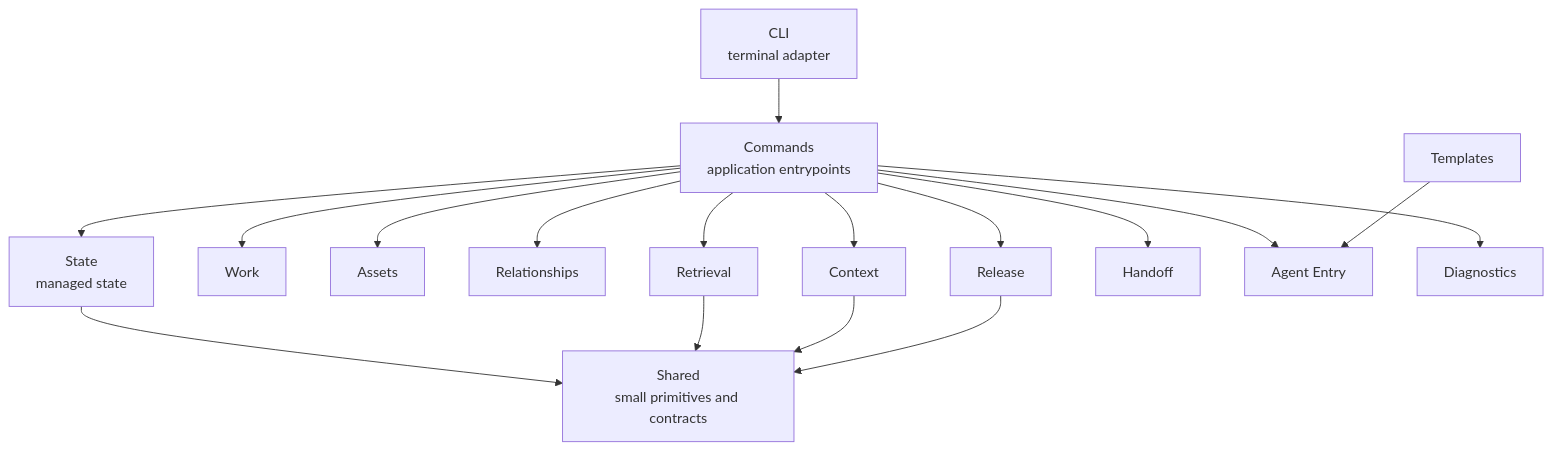
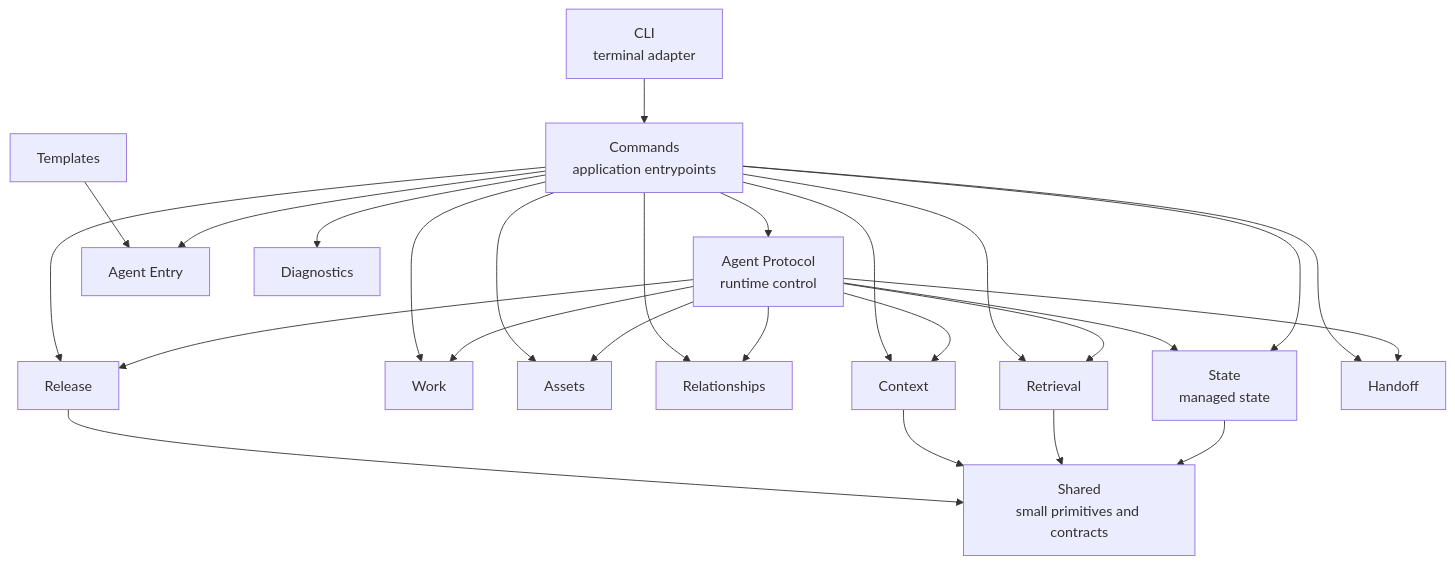
One commit to ai-workroot/ai-workroot changed the second of 6 diagrams in docs/architecture-map.md. Above: the diagram before and after it, drawn with Mermaid. The commit also changed other lines of this file and 17 other files, not shown here.

Commit message:
docs: align public architecture docs with protocol runtime

````diff
--- a/docs/architecture-map.md
+++ b/docs/architecture-map.md
@@ -38,19 +41,28 @@
 ```mermaid
 flowchart TB
   CLI[CLI<br/>terminal adapter] --> Commands[Commands<br/>application entrypoints]
+  Commands --> Protocol[Agent Protocol<br/>runtime control]
   Commands --> State[State<br/>managed state]
+  Protocol --> State
+  Protocol --> Work
+  Protocol --> Assets
+  Protocol --> Relationships
+  Protocol --> Retrieval
+  Protocol --> Context
+  Protocol --> Release
+  Protocol --> Handoff
   Commands --> Work[Work]
   Commands --> Assets[Assets]
   Commands --> Relationships[Relationships]
   Commands --> Retrieval[Retrieval]
   Commands --> Context[Context]
   Commands --> Release[Release]
   Commands --> Handoff[Handoff]
   Commands --> AgentEntry[Agent Entry]
   Commands --> Diagnostics[Diagnostics]
   State --> Shared[Shared<br/>small primitives and contracts]
   Retrieval --> Shared
   Context --> Shared
   Release --> Shared
   Templates[Templates] --> AgentEntry
 ```
````
